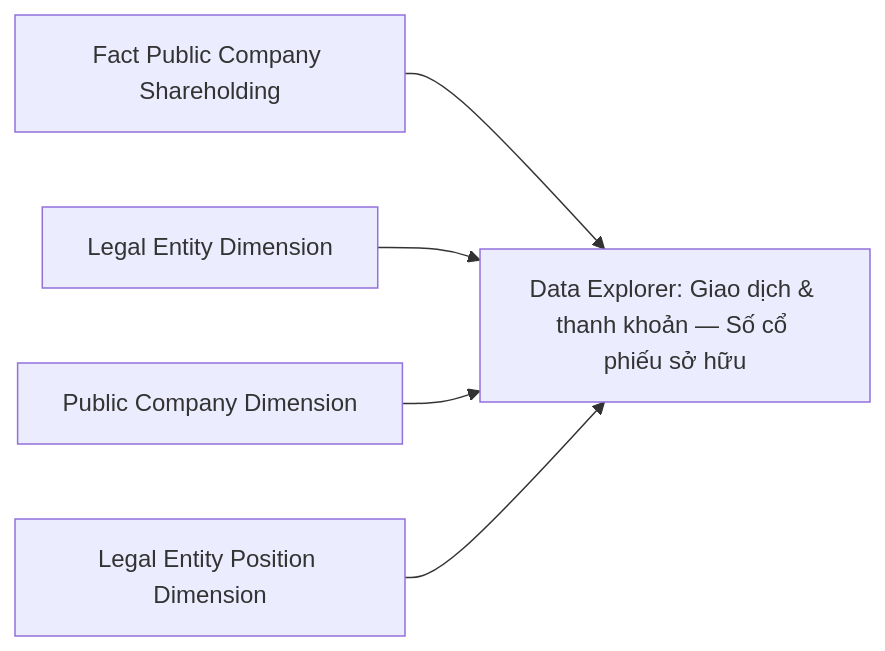
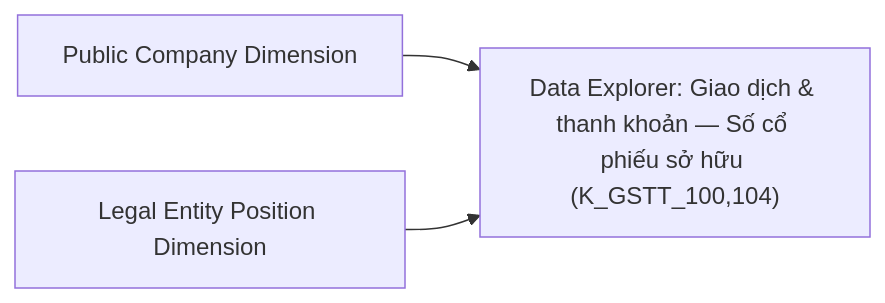
Diagram 55 of 57 in Datamart/hld/DTM_GSTT_HLD.md (linhlvit/ubck_atomic_design), drawn with Mermaid before and after one commit. The commit also changed other lines of this file and 70 other files, not shown here.

````diff
--- a/Datamart/hld/DTM_GSTT_HLD.md
+++ b/Datamart/hld/DTM_GSTT_HLD.md
@@ -2845,7 +2815,5 @@
 ```mermaid
 flowchart LR
-    F1["Fact Public Company Shareholding"] --> RPT48["Data Explorer: Giao dịch & thanh khoản — Số cổ phiếu sở hữu"]
-    D1["Legal Entity Dimension"] --> RPT48
-    D2["Public Company Dimension"] --> RPT48
-    D3["Legal Entity Position Dimension"] --> RPT48
+    D1["Public Company Dimension"] --> RPT48["Data Explorer: Giao dịch & thanh khoản — Số cổ phiếu sở hữu (K_GSTT_100,104)"]
+    D2["Legal Entity Position Dimension"] --> RPT48
 ```
````
